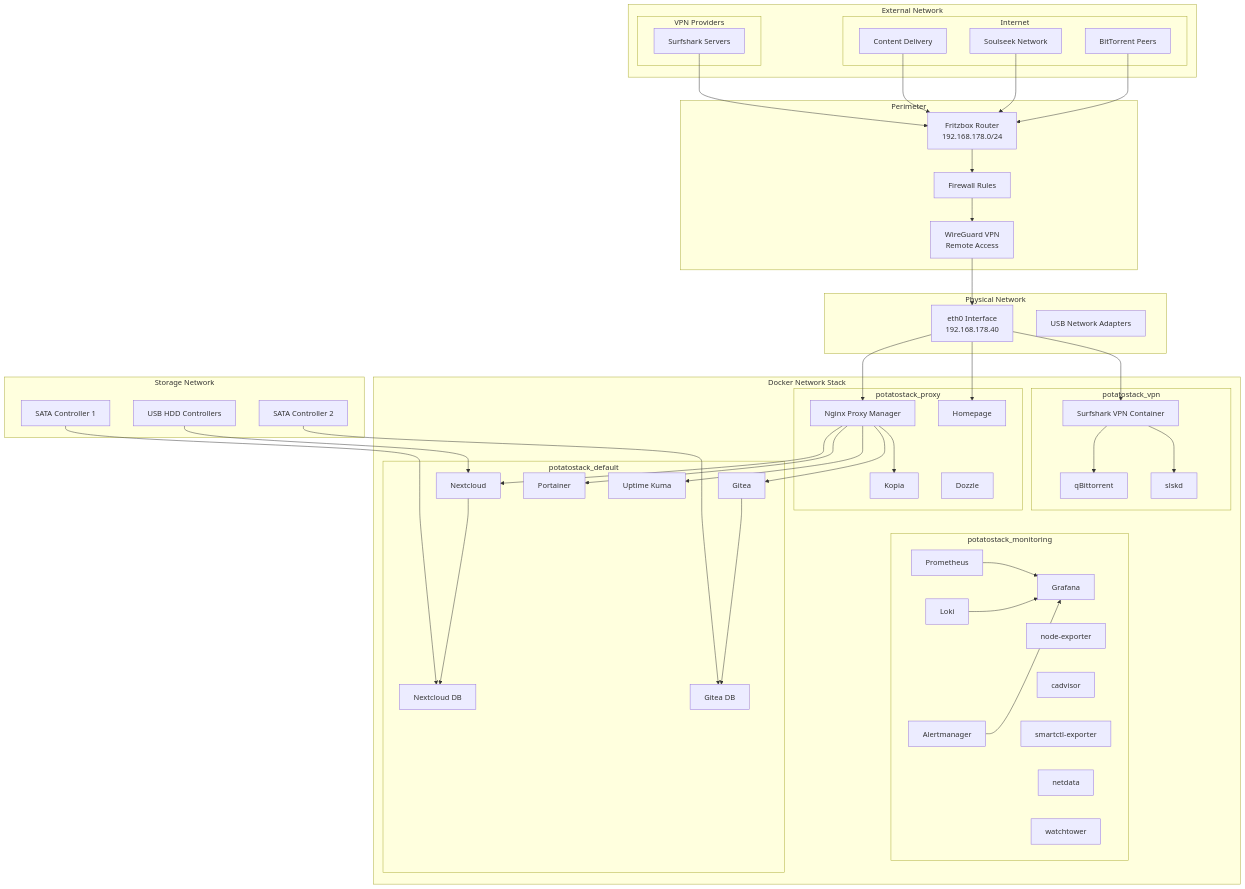
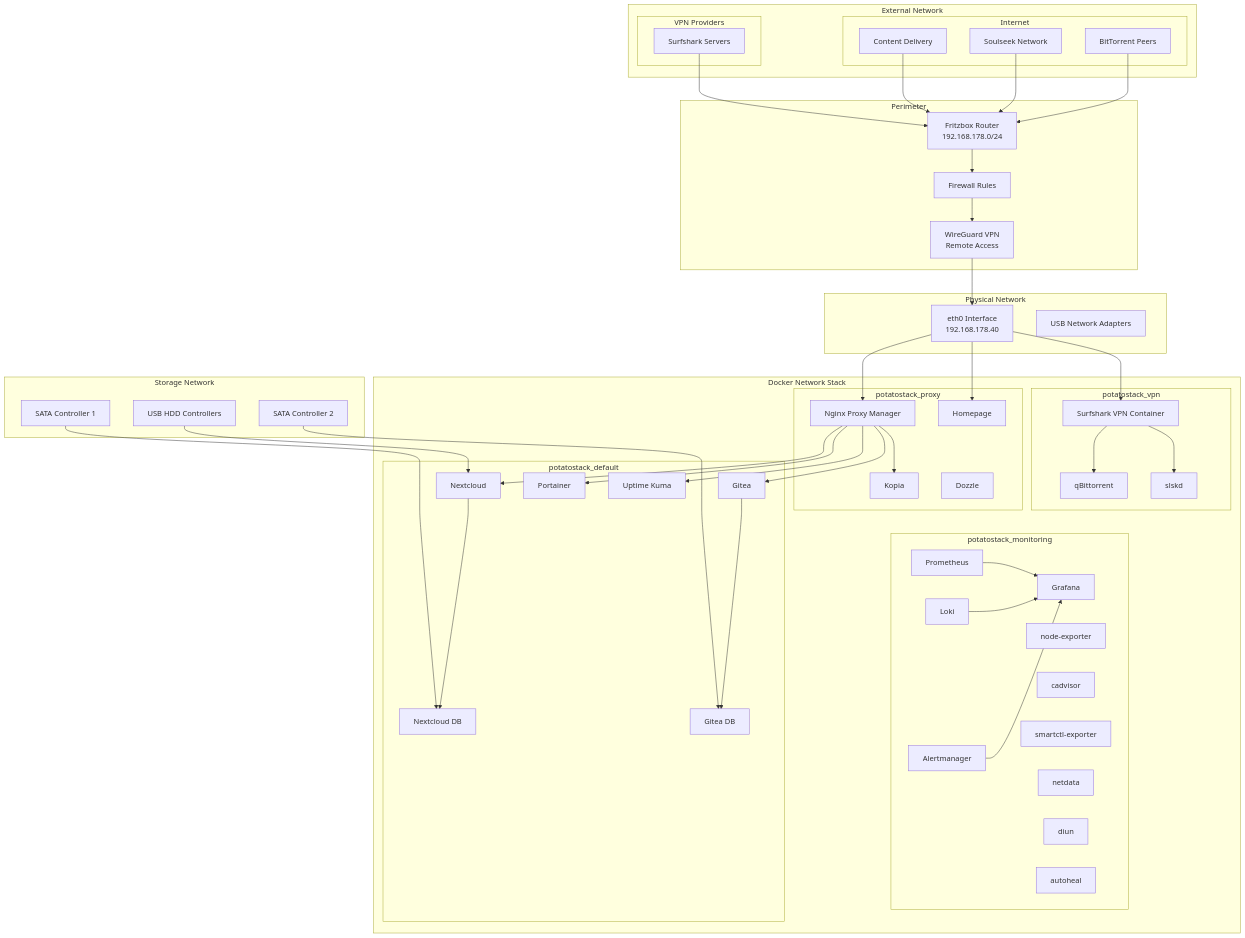
Before and after one commit to fishingpvalues/potatostack: the sixth of 10 diagrams in docs/SYSTEM_COMPONENT_DIAGRAMS.md, drawn with Mermaid. The commit also changed other lines of this file and 29 other files, not shown here.

```diff
--- a/docs/SYSTEM_COMPONENT_DIAGRAMS.md
+++ b/docs/SYSTEM_COMPONENT_DIAGRAMS.md
@@ -354,7 +355,8 @@
             CA_CONTAINER[cadvisor]
             SE_CONTAINER[smartctl-exporter]
             NETD_CONTAINER[netdata]
-            WT_CONTAINER[watchtower]
+            DN_CONTAINER[diun]
+            AH_CONTAINER[autoheal]
         end
         
         subgraph "potatostack_default"
```
